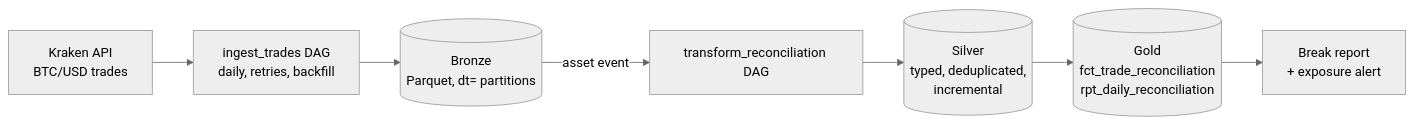
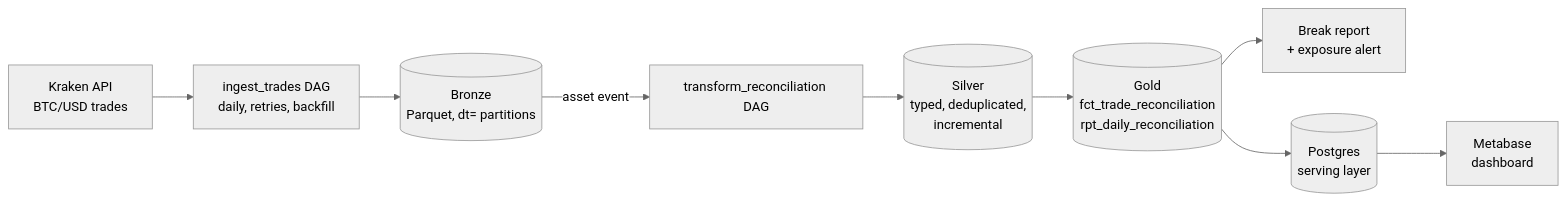
Before and after one commit to v-cotte/ledger-recon-pipeline: the diagram in README.md, drawn with Mermaid (neutral theme). The commit also changed other lines of this file and 1 other file, not shown here.

Commit message:
Document the Metabase dashboard

````diff
--- a/README.md
+++ b/README.md
@@ -32,9 +32,11 @@
 ```mermaid
 flowchart LR
     K[Kraken API<br/>BTC/USD trades] --> I
     I[ingest_trades DAG<br/>daily, retries, backfill] --> B[(Bronze<br/>Parquet, dt= partitions)]
     B -- asset event --> T[transform_reconciliation DAG]
     T --> S[(Silver<br/>typed, deduplicated,<br/>incremental)]
     S --> G[(Gold<br/>fct_trade_reconciliation<br/>rpt_daily_reconciliation)]
     G --> R[Break report<br/>+ exposure alert]
+    G --> P[(Postgres<br/>serving layer)]
+    P --> M[Metabase<br/>dashboard]
 ```
````
